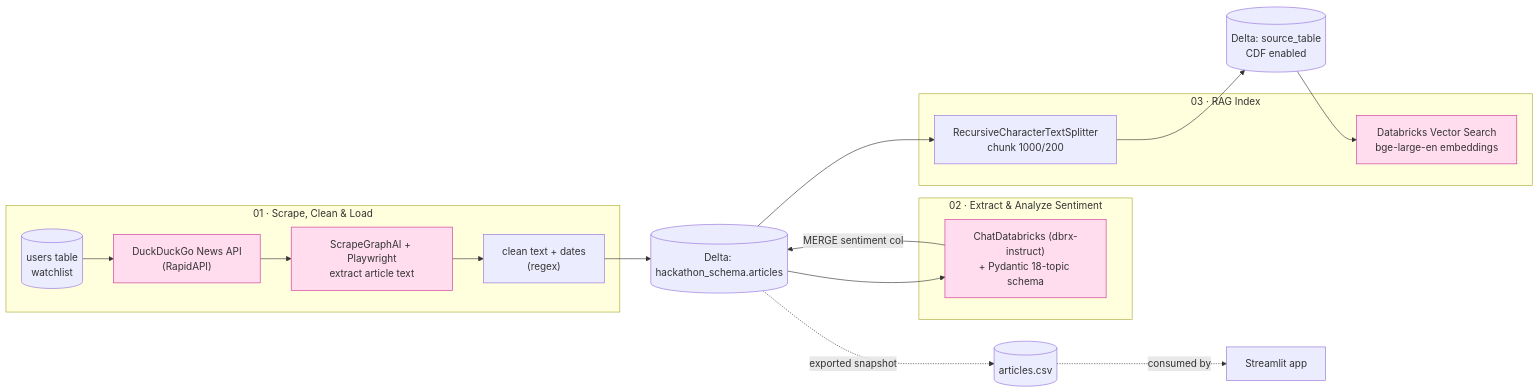
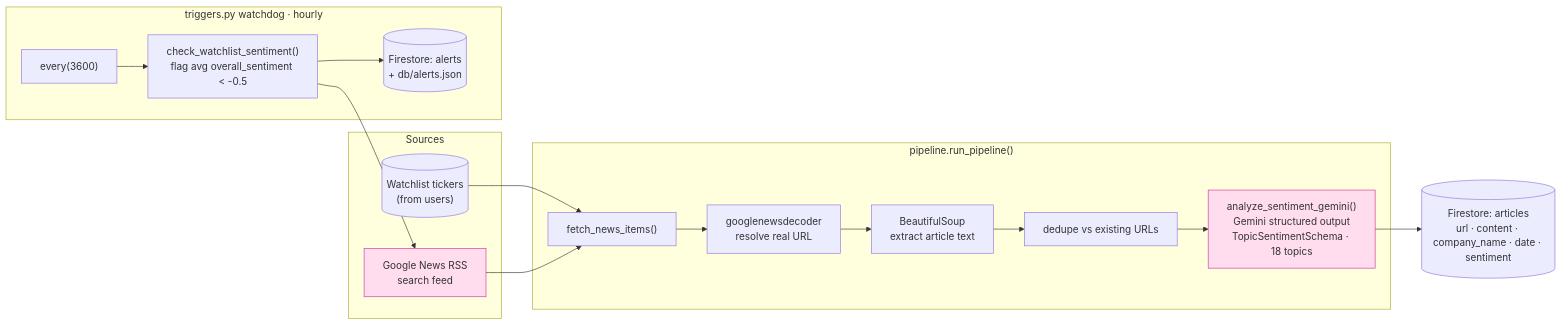
One commit to mathamatigician/MarketWave changed the second of 3 diagrams in ARCHITECTURE.md. Above: the diagram before and after it, drawn with Mermaid. The commit also changed other lines of this file and 16 other files, not shown here.

First line of the commit message:
docs: remove Streamlit references and rewrite architecture for React+FastAPI stack (#8)

````diff
--- a/ARCHITECTURE.md
+++ b/ARCHITECTURE.md
@@ -99,30 +131,32 @@
 ```mermaid
 flowchart LR
-    subgraph NB1["01 · Scrape, Clean & Load"]
-        u[("users table<br/>watchlist")] --> ddg["DuckDuckGo News API<br/>(RapidAPI)"]
-        ddg --> sg["ScrapeGraphAI + Playwright<br/>extract article text"]
-        sg --> clean["clean text + dates<br/>(regex)"]
+    subgraph SRC["Sources"]
+        wl[("Watchlist tickers<br/>(from users)")]
+        rss["Google News RSS<br/>search feed"]
     end
 
-    subgraph NB2["02 · Extract & Analyze Sentiment"]
-        llm1["ChatDatabricks (dbrx-instruct)<br/>+ Pydantic 18-topic schema"]
+    subgraph ING["pipeline.run_pipeline()"]
+        fetch["fetch_news_items()"]
+        decode["googlenewsdecoder<br/>resolve real URL"]
+        scrape["BeautifulSoup<br/>extract article text"]
+        dedupe["dedupe vs existing URLs"]
+        score["analyze_sentiment_gemini()<br/>Gemini structured output<br/>TopicSentimentSchema · 18 topics"]
     end
 
-    subgraph NB3["03 · RAG Index"]
-        split["RecursiveCharacterTextSplitter<br/>chunk 1000/200"]
-        vidx["Databricks Vector Search<br/>bge-large-en embeddings"]
+    art[("Firestore: articles<br/>url · content · company_name · date · sentiment")]
+
+    wl --> fetch
+    rss --> fetch
+    fetch --> decode --> scrape --> dedupe --> score --> art
+
+    subgraph WD["triggers.py watchdog · hourly"]
+        every["every(3600)"]
+        check["check_watchlist_sentiment()<br/>flag avg overall_sentiment < -0.5"]
+        alert[("Firestore: alerts<br/>+ db/alerts.json")]
     end
-
-    art[("Delta: hackathon_schema.articles")]
-    srct[("Delta: source_table<br/>CDF enabled")]
-
-    clean --> art
-    art --> llm1 --> |MERGE sentiment col| art
-    art --> split --> srct --> vidx
-
-    art -.exported snapshot.-> csv[("articles.csv")]
-    csv -.consumed by.-> app["Streamlit app"]
+    every --> check --> rss
+    check --> alert
 
     classDef ext fill:#fde,stroke:#c39;
-    class ddg,sg,llm1,vidx ext;
+    class rss,score ext;
 ```
````
